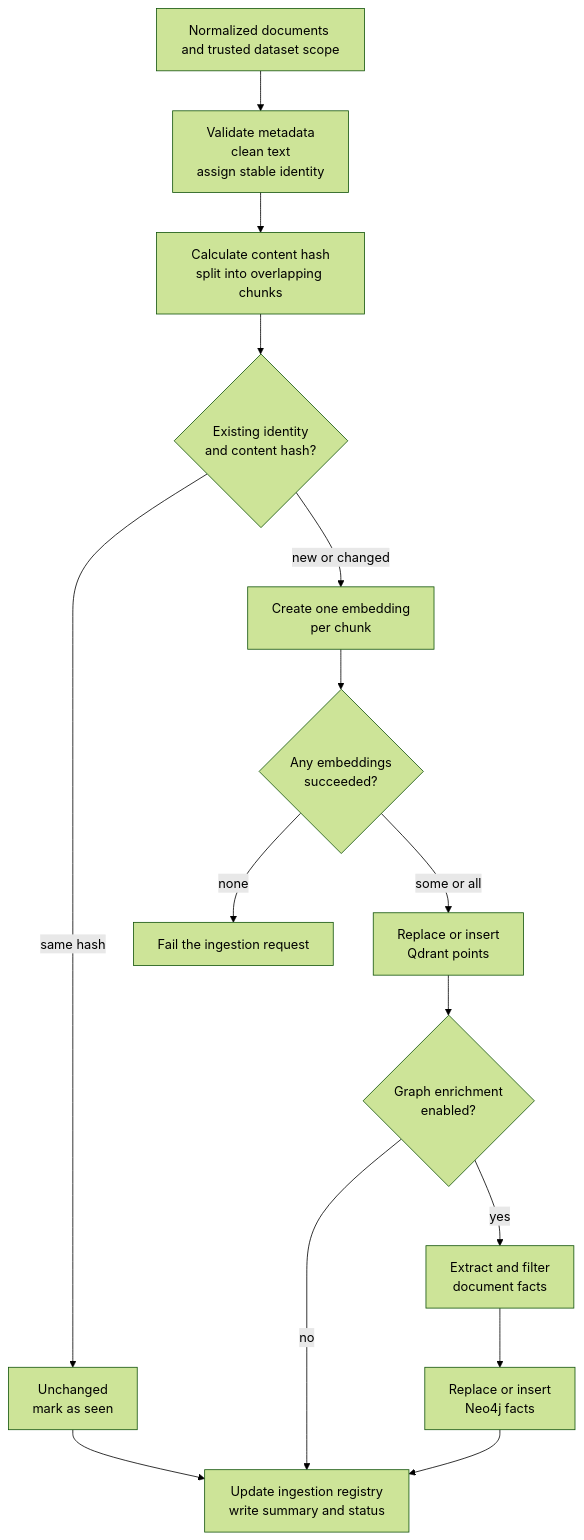
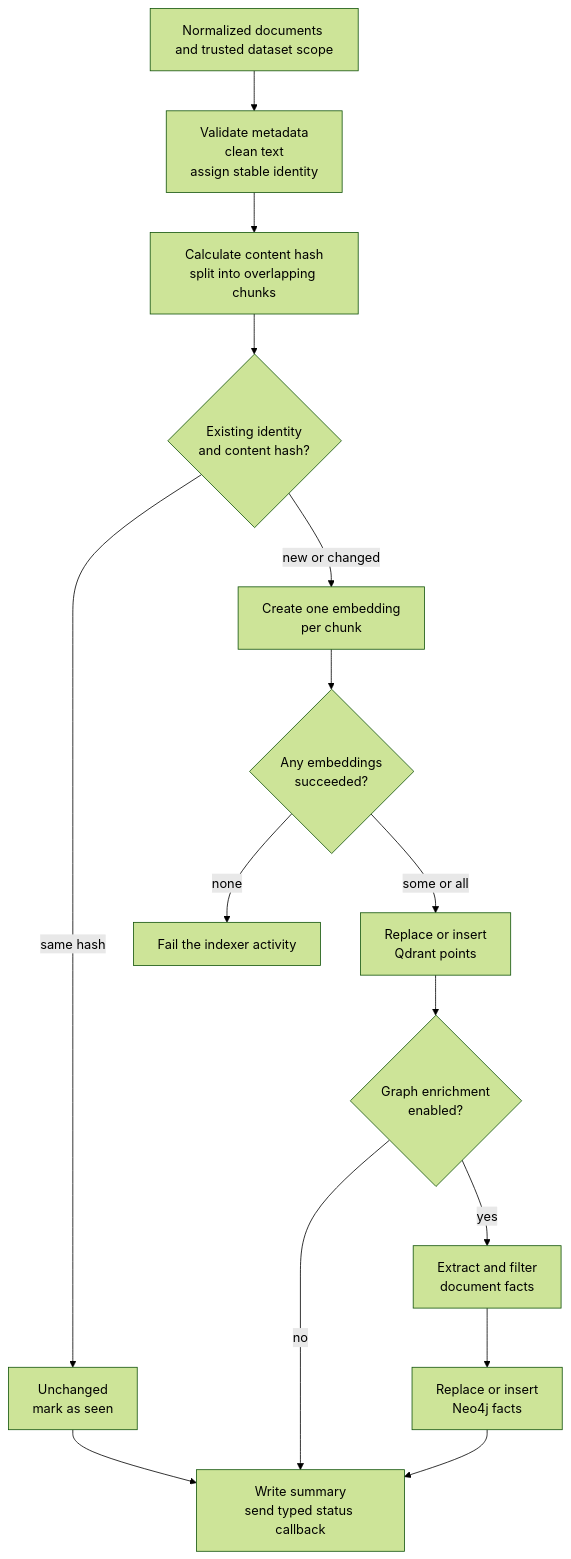
One commit to hawk-digital-environments/HAWKI-RAG changed the diagram in _documentation/Operations/6_ingestion_embeddings.md. Above: the diagram before and after it, drawn with Mermaid (forest theme). The commit also changed other lines of this file and 9 other files, not shown here.

````diff
--- a/_documentation/Operations/6_ingestion_embeddings.md
+++ b/_documentation/Operations/6_ingestion_embeddings.md
@@ -46,24 +48,24 @@
 ```mermaid
 flowchart TD
     Request["Normalized documents and trusted dataset scope"]
     Prepare["Validate metadata<br/>clean text<br/>assign stable identity"]
     Hash["Calculate content hash<br/>split into overlapping chunks"]
     Compare{"Existing identity<br/>and content hash?"}
     Unchanged["Unchanged<br/>mark as seen"]
     Embed["Create one embedding<br/>per chunk"]
     VectorCheck{"Any embeddings<br/>succeeded?"}
-    Failed["Fail the ingestion request"]
+    Failed["Fail the indexer activity"]
     Qdrant["Replace or insert<br/>Qdrant points"]
     GraphSwitch{"Graph enrichment<br/>enabled?"}
     Extract["Extract and filter<br/>document facts"]
     Neo4j["Replace or insert<br/>Neo4j facts"]
-    Complete["Update ingestion registry<br/>write summary and status"]
+    Complete["Write summary<br/>send typed status callback"]
 
     Request --> Prepare --> Hash --> Compare
     Compare -- "same hash" --> Unchanged --> Complete
     Compare -- "new or changed" --> Embed --> VectorCheck
     VectorCheck -- "none" --> Failed
     VectorCheck -- "some or all" --> Qdrant --> GraphSwitch
     GraphSwitch -- "no" --> Complete
     GraphSwitch -- "yes" --> Extract --> Neo4j --> Complete
 ```
````
